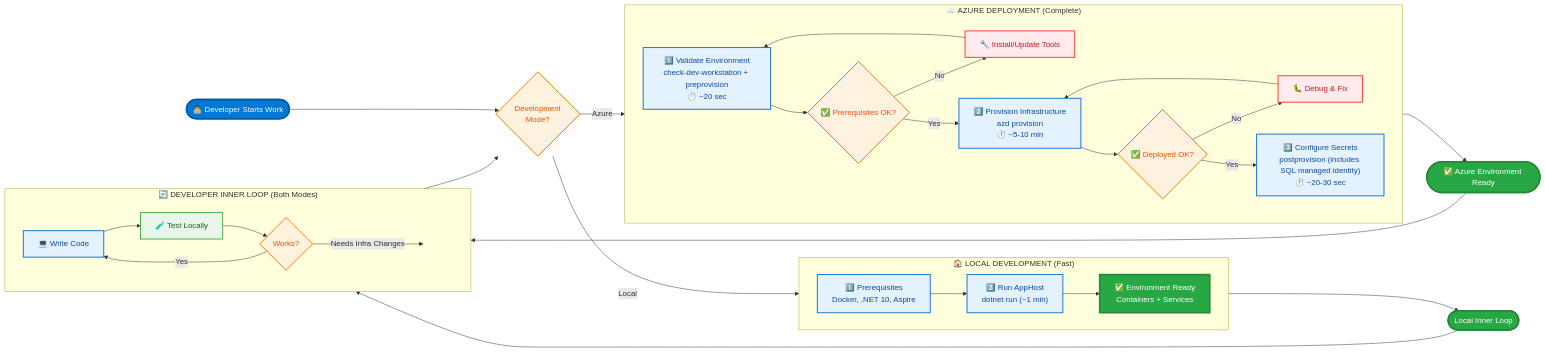
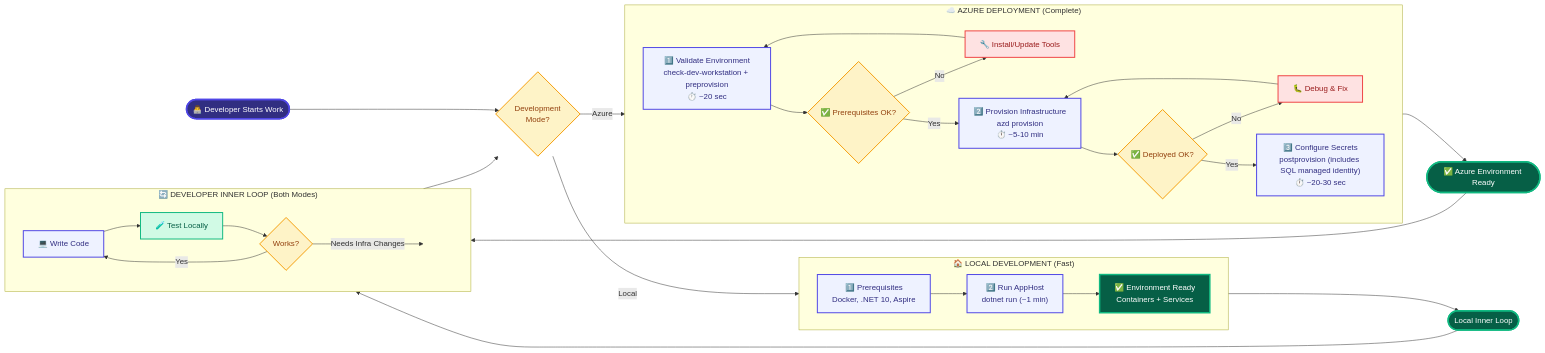
Before and after one commit to Evilazaro/Azure-LogicApps-Monitoring: the second of 3 diagrams in docs/hooks/README.md, drawn with Mermaid. The commit also changed other lines of this file and 11 other files, not shown here.

Commit message:
feat(docs): Update diagrams with modern color palette for improved accessibility and clarity

````diff
--- a/docs/hooks/README.md
+++ b/docs/hooks/README.md
@@ -284,63 +284,63 @@
 ```mermaid
 flowchart LR
     Start([👨‍💻 Developer Starts Work]) --> ModeChoice{Development<br/>Mode?}
 
     ModeChoice -->|Local| LocalSetup
     ModeChoice -->|Azure| AzureSetup
 
     subgraph LocalSetup["🏠 LOCAL DEVELOPMENT (Fast)"]
         direction LR
         LocalPrereq["1️⃣ Prerequisites<br/>Docker, .NET 10, Aspire"]
         LocalPrereq --> LocalRun["2️⃣ Run AppHost<br/>dotnet run (~1 min)"]
         LocalRun --> LocalReady["✅ Environment Ready<br/>Containers + Services"]
     end
 
     subgraph AzureSetup["☁️ AZURE DEPLOYMENT (Complete)"]
         direction LR
         Validate["1️⃣ Validate Environment<br/>check-dev-workstation + preprovision<br/>⏱️ ~20 sec"]
         Validate --> CheckValid{✅ Prerequisites OK?}
         CheckValid --> |No| Fix[🔧 Install/Update Tools]
         Fix --> Validate
         CheckValid --> |Yes| Provision
 
         Provision["2️⃣ Provision Infrastructure<br/>azd provision<br/>⏱️ ~5-10 min"]
         Provision --> CheckDeploy{✅ Deployed OK?}
         CheckDeploy --> |No| Debug[🐛 Debug & Fix]
         Debug --> Provision
         CheckDeploy --> |Yes| Configure
 
         Configure["3️⃣ Configure Secrets<br/>postprovision (includes SQL managed identity)<br/>⏱️ ~20-30 sec"]
     end
 
     LocalReady --> LocalLoop([Local Inner Loop])
     Configure --> AzureReady([✅ Azure Environment Ready])
     AzureReady --> DevLoop
 
     subgraph DevLoop["🔄 DEVELOPER INNER LOOP (Both Modes)"]
         direction LR
         Code[💻 Write Code] --> Test[🧪 Test Locally]
         Test --> Review{Works?}
         Review --> |Yes| Code
         Review --> |Needs Infra Changes| ExitLoop[ ]
     end
 
     ExitLoop --> ModeChoice
 
     LocalLoop --> Code
 
-    classDef startEnd fill:#0078d4,stroke:#005a9e,stroke-width:3px,color:#fff
-    classDef ready fill:#28a745,stroke:#218838,stroke-width:3px,color:#fff
-    classDef process fill:#e3f2fd,stroke:#1976d2,stroke-width:2px,color:#0d47a1
-    classDef success fill:#e8f5e9,stroke:#4caf50,stroke-width:2px,color:#1b5e20
-    classDef decision fill:#fff3e0,stroke:#f57c00,stroke-width:2px,color:#e65100
-    classDef debug fill:#ffebee,stroke:#f44336,stroke-width:2px,color:#b71c1c
+    classDef startEnd fill:#312E81,stroke:#4F46E5,stroke-width:3px,color:#fff
+    classDef ready fill:#065F46,stroke:#10B981,stroke-width:3px,color:#fff
+    classDef process fill:#EEF2FF,stroke:#4F46E5,stroke-width:2px,color:#312E81
+    classDef success fill:#D1FAE5,stroke:#10B981,stroke-width:2px,color:#065F46
+    classDef decision fill:#FEF3C7,stroke:#F59E0B,stroke-width:2px,color:#92400E
+    classDef debug fill:#FEE2E2,stroke:#EF4444,stroke-width:2px,color:#991B1B
     classDef invisible fill:none,stroke:none
 
     class Start startEnd
     class LocalReady,AzureReady,LocalLoop ready
     class LocalPrereq,LocalRun,Validate,Provision,Configure,Code process
     class Test success
     class ModeChoice,CheckValid,CheckDeploy,Review decision
     class Fix,Debug debug
     class ExitLoop invisible
 ```
````
